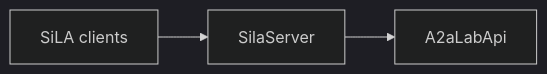
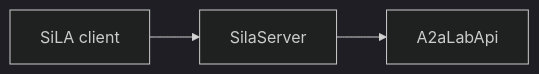
Before and after one commit to A3Analytics/a2a-lab-dev-kit-rs: the diagram in backlog/docs/reference/sila-2/doc-8 - SiLA-2.md, drawn with Mermaid (dark theme). The commit also changed other lines of this file, not shown here.

Commit message:
Clarify documentation for SiLA 2 by specifying "A SiLA client" instead of "SiLA clients" in multiple instances. This change enhances the precision of the descriptions and improves the overall clarity of the role of SiLA clients within the A2A-LAB devkit architecture.

````diff
--- a/backlog/docs/reference/sila-2/doc-8 - SiLA-2.md
+++ b/backlog/docs/reference/sila-2/doc-8 - SiLA-2.md
@@ -17,7 +17,7 @@
 ```mermaid
 flowchart LR
   accTitle: SiLA 2 interface
-  accDescr: SiLA clients call SilaServer. SilaServer calls A2aLabApi.
-  clients["SiLA clients"] --> sila["SilaServer"]
+  accDescr: A SiLA client calls SilaServer. SilaServer calls A2aLabApi.
+  client["SiLA client"] --> sila["SilaServer"]
   sila --> api["A2aLabApi"]
 ```
````
